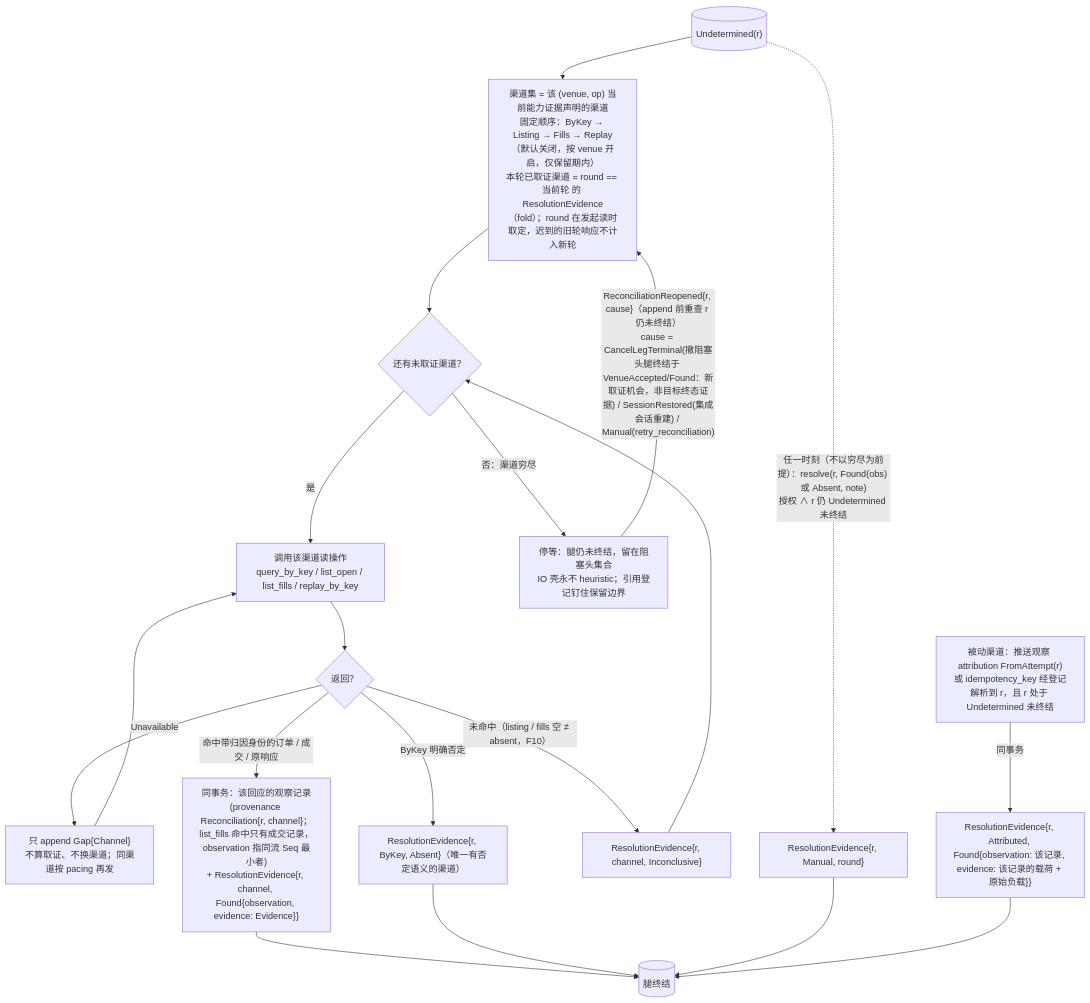
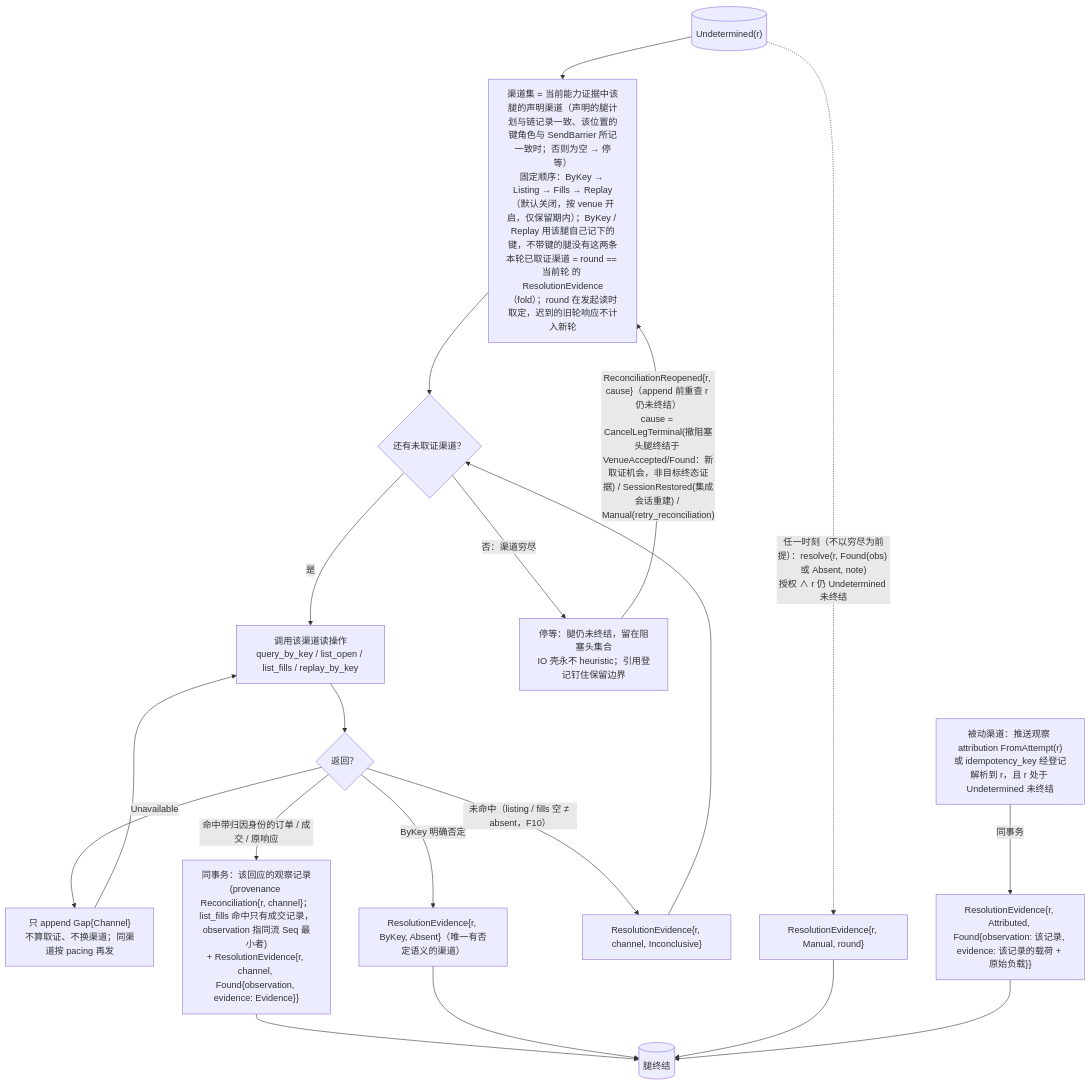
Before and after one commit to mouriya-s-lab/uta: the second of 7 diagrams in design/diagrams/06-io-shell-attempt.md, drawn with Mermaid. The commit also changed other lines of this file and 14 other files, not shown here.

Commit message:
design: write/lifecycle gaps — declared leg plans for Replace with per-leg keys and channels, target-kind capability for cancel/replace/close, TargetTerminal record, Halted and counters retained, session-state ownership in uses graph

````diff
--- a/design/diagrams/06-io-shell-attempt.md
+++ b/design/diagrams/06-io-shell-attempt.md
@@ -55,22 +55,22 @@
 ```mermaid
 flowchart TB
   UD[("Undetermined(r)")]
-  UD --> CH0["渠道集 = 该 (venue, op) 当前能力证据声明的渠道<br/>固定顺序：ByKey → Listing → Fills → Replay（默认关闭，按 venue 开启，仅保留期内）<br/>本轮已取证渠道 = round == 当前轮 的 ResolutionEvidence（fold）；round 在发起读时取定，迟到的旧轮响应不计入新轮"]
+  UD --> CH0["渠道集 = 当前能力证据中该腿的声明渠道（声明的腿计划与链记录一致、该位置的键角色与 SendBarrier 所记一致时；否则为空 → 停等）<br/>固定顺序：ByKey → Listing → Fills → Replay（默认关闭，按 venue 开启，仅保留期内）；ByKey / Replay 用该腿自己记下的键，不带键的腿没有这两条<br/>本轮已取证渠道 = round == 当前轮 的 ResolutionEvidence（fold）；round 在发起读时取定，迟到的旧轮响应不计入新轮"]
   CH0 --> NEXT{"还有未取证渠道？"}
   NEXT -->|"是"| CALL["调用该渠道读操作<br/>query_by_key / list_open / list_fills / replay_by_key"]
   CALL --> RES{"返回？"}
   RES -->|"Unavailable"| GAP["只 append Gap{Channel}<br/>不算取证、不换渠道；同渠道按 pacing 再发"]
   GAP --> CALL
   RES -->|"命中带归因身份的订单 / 成交 / 原响应"| FOUND["同事务：该回应的观察记录(provenance Reconciliation{r, channel}；list_fills 命中只有成交记录，observation 指同流 Seq 最小者)<br/>+ ResolutionEvidence{r, channel, Found{observation, evidence: Evidence}}"]
   RES -->|"ByKey 明确否定"| ABS["ResolutionEvidence{r, ByKey, Absent}（唯一有否定语义的渠道）"]
   RES -->|"未命中（listing / fills 空 ≠ absent，F10）"| INC["ResolutionEvidence{r, channel, Inconclusive}"]
   INC --> NEXT
   NEXT -->|"否：渠道穷尽"| WAIT["停等：腿仍未终结，留在阻塞头集合<br/>IO 壳永不 heuristic；引用登记钉住保留边界"]
   UD -.->|"任一时刻（不以穷尽为前提）：resolve(r, Found(obs) 或 Absent, note)<br/>授权 ∧ r 仍 Undetermined 未终结"| MAN["ResolutionEvidence{r, Manual, round}"]
   WAIT -->|"ReconciliationReopened{r, cause}（append 前重查 r 仍未终结）<br/>cause = CancelLegTerminal(撤阻塞头腿终结于 VenueAccepted/Found：新取证机会，非目标终态证据) / SessionRestored(集成会话重建) / Manual(retry_reconciliation)"| CH0
   ATTR["被动渠道：推送观察 attribution FromAttempt(r)<br/>或 idempotency_key 经登记解析到 r，且 r 处于 Undetermined 未终结"] -->|"同事务"| ATT["ResolutionEvidence{r, Attributed, Found{observation: 该记录, evidence: 该记录的载荷 + 原始负载}}"]
   FOUND --> RS[("腿终结")]
   ABS --> RS
   MAN --> RS
   ATT --> RS
 ```
````
